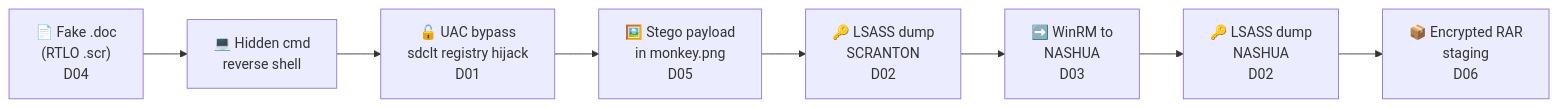
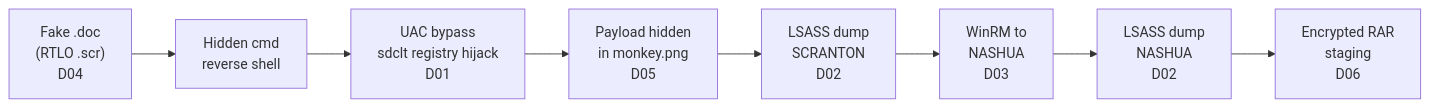
The diagram in README.md (udeshiumang/apt29-detection-lab), drawn with Mermaid before and after one commit. The commit also changed other lines of this file, not shown here.

````diff
--- a/README.md
+++ b/README.md
@@ -28,10 +25,10 @@
 ```mermaid
 flowchart LR
-    A["📄 Fake .doc<br/>(RTLO .scr)<br/>D04"] --> B["💻 Hidden cmd<br/>reverse shell"]
-    B --> C["🔓 UAC bypass<br/>sdclt registry hijack<br/>D01"]
-    C --> D["🖼️ Stego payload<br/>in monkey.png<br/>D05"]
-    D --> E["🔑 LSASS dump<br/>SCRANTON<br/>D02"]
-    E --> F["➡️ WinRM to<br/>NASHUA<br/>D03"]
-    F --> G["🔑 LSASS dump<br/>NASHUA<br/>D02"]
-    G --> H["📦 Encrypted RAR<br/>staging<br/>D06"]
+    A["Fake .doc<br/>(RTLO .scr)<br/>D04"] --> B["Hidden cmd<br/>reverse shell"]
+    B --> C["UAC bypass<br/>sdclt registry hijack<br/>D01"]
+    C --> D["Payload hidden<br/>in monkey.png<br/>D05"]
+    D --> E["LSASS dump<br/>SCRANTON<br/>D02"]
+    E --> F["WinRM to<br/>NASHUA<br/>D03"]
+    F --> G["LSASS dump<br/>NASHUA<br/>D02"]
+    G --> H["Encrypted RAR<br/>staging<br/>D06"]
 ```
````
